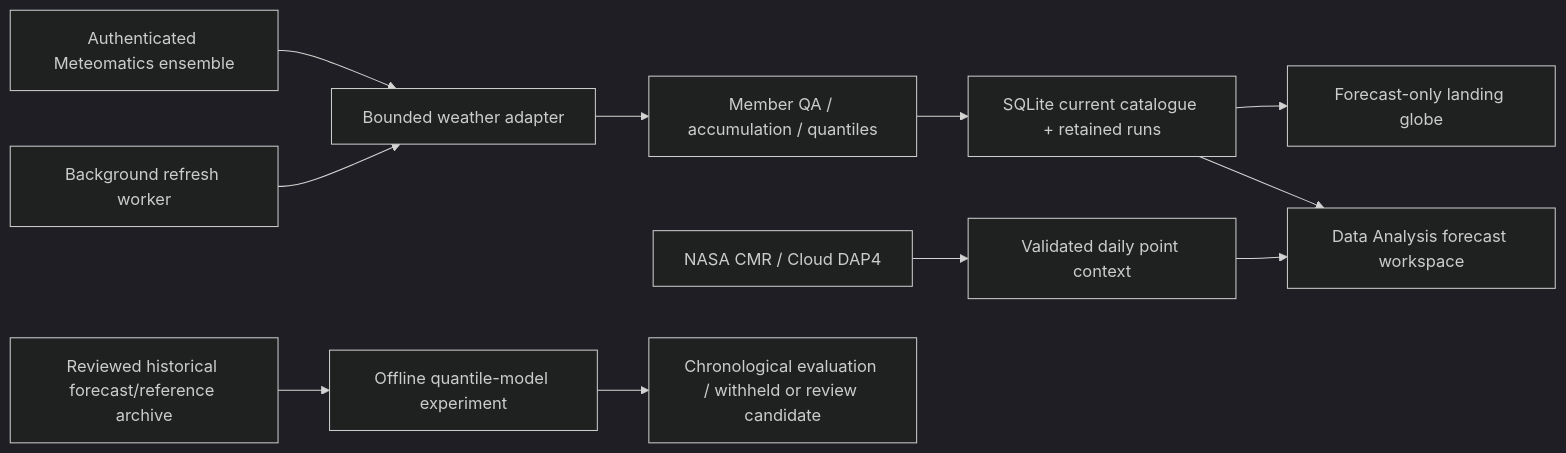
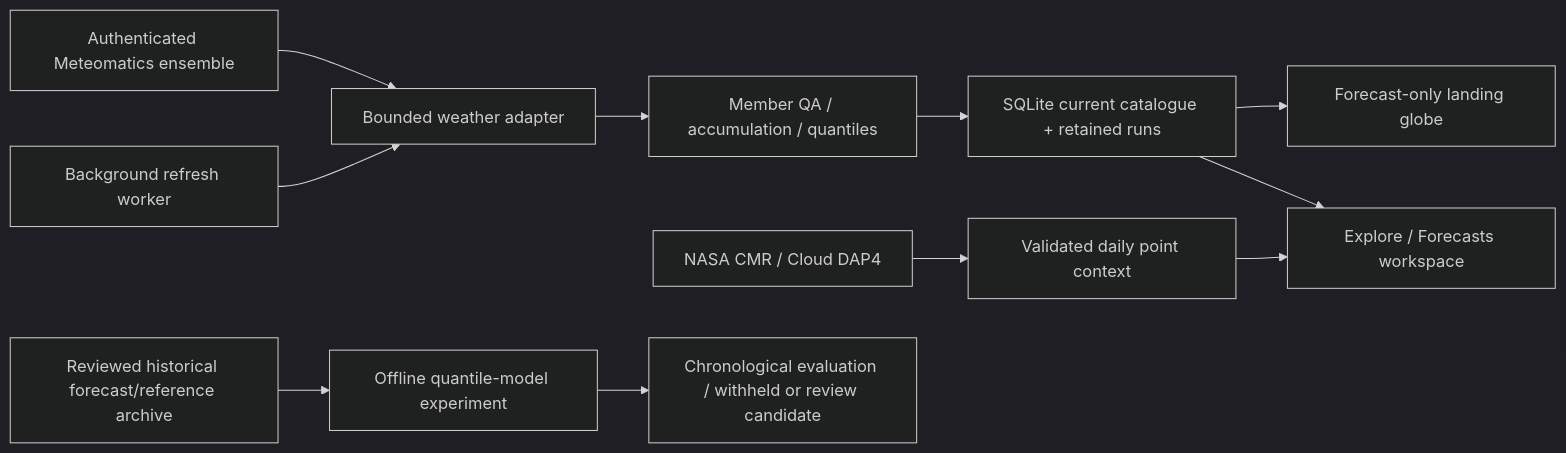
The diagram in docs/FORECASTS.md (Iris-NASC26/iris), drawn with Mermaid (dark theme) before and after one commit. The commit also changed other lines of this file and 24 other files, not shown here.

````diff
--- a/docs/FORECASTS.md
+++ b/docs/FORECASTS.md
@@ -45,13 +45,13 @@
 ```mermaid
 flowchart LR
     M[Authenticated Meteomatics ensemble] --> W[Bounded weather adapter]
     W --> Q[Member QA / accumulation / quantiles]
     Q --> S[SQLite current catalogue + retained runs]
     R[Background refresh worker] --> W
     S --> L[Forecast-only landing globe]
-    S --> F[Data Analysis forecast workspace]
+    S --> F[Explore / Forecasts workspace]
     C[NASA CMR / Cloud DAP4] --> N[Validated daily point context]
     N --> F
     A[Reviewed historical forecast/reference archive] --> T[Offline quantile-model experiment]
     T --> V[Chronological evaluation / withheld or review candidate]
 ```
````
